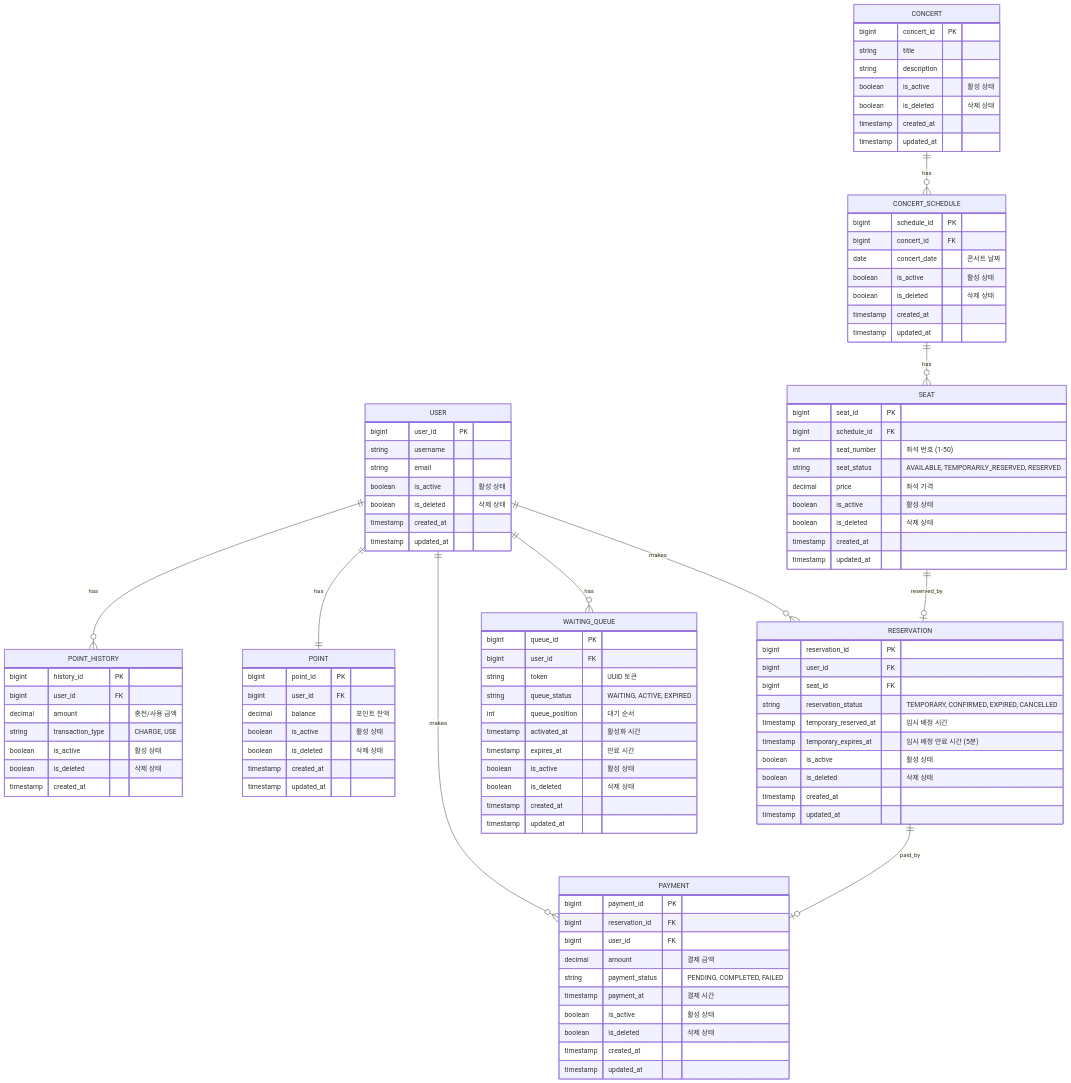
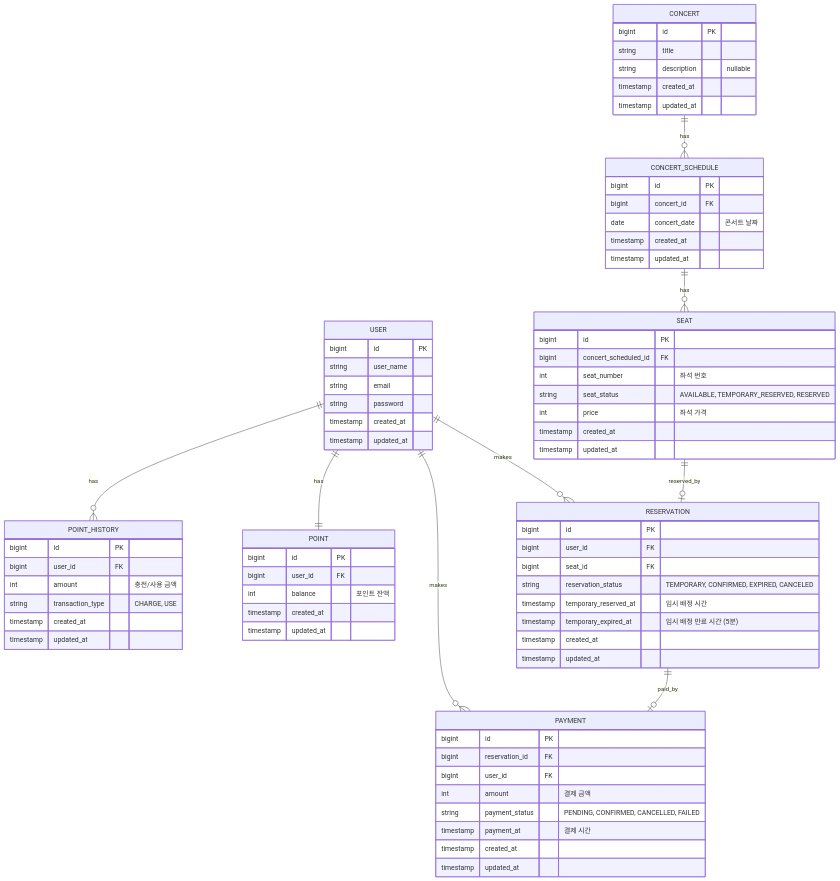
One commit to iamseung/hh-concert changed the diagram in docs/erd.md. Above: the diagram before and after it, drawn with Mermaid. The commit also changed other lines of this file and 14 other files, not shown here.

```diff
--- a/docs/erd.md
+++ b/docs/erd.md
@@ -8,7 +8,6 @@
     USER ||--|| POINT : "has"
     USER ||--o{ RESERVATION : "makes"
     USER ||--o{ PAYMENT : "makes"
-    USER ||--o{ WAITING_QUEUE : "has"
 
     CONCERT ||--o{ CONCERT_SCHEDULE : "has"
     CONCERT_SCHEDULE ||--o{ SEAT : "has"
@@ -17,103 +16,75 @@
     RESERVATION ||--o| PAYMENT : "paid_by"
 
     USER {
-        bigint user_id PK
-        string username
+        bigint id PK
+        string user_name
         string email
-        boolean is_active "활성 상태"
-        boolean is_deleted "삭제 상태"
+        string password
         timestamp created_at
         timestamp updated_at
     }
 
     POINT {
-        bigint point_id PK
+        bigint id PK
         bigint user_id FK
-        decimal balance "포인트 잔액"
-        boolean is_active "활성 상태"
-        boolean is_deleted "삭제 상태"
+        int balance "포인트 잔액"
         timestamp created_at
         timestamp updated_at
     }
 
     POINT_HISTORY {
-        bigint history_id PK
+        bigint id PK
         bigint user_id FK
-        decimal amount "충전/사용 금액"
+        int amount "충전/사용 금액"
         string transaction_type "CHARGE, USE"
-        boolean is_active "활성 상태"
-        boolean is_deleted "삭제 상태"
         timestamp created_at
+        timestamp updated_at
     }
 
     CONCERT {
-        bigint concert_id PK
+        bigint id PK
         string title
-        string description
-        boolean is_active "활성 상태"
-        boolean is_deleted "삭제 상태"
+        string description "nullable"
         timestamp created_at
         timestamp updated_at
     }
 
     CONCERT_SCHEDULE {
-        bigint schedule_id PK
+        bigint id PK
         bigint concert_id FK
         date concert_date "콘서트 날짜"
-        boolean is_active "활성 상태"
-        boolean is_deleted "삭제 상태"
         timestamp created_at
         timestamp updated_at
     }
 
     SEAT {
-        bigint seat_id PK
-        bigint schedule_id FK
-        int seat_number "좌석 번호 (1-50)"
-        string seat_status "AVAILABLE, TEMPORARILY_RESERVED, RESERVED"
-        decimal price "좌석 가격"
-        boolean is_active "활성 상태"
-        boolean is_deleted "삭제 상태"
+        bigint id PK
+        bigint concert_scheduled_id FK
+        int seat_number "좌석 번호"
+        string seat_status "AVAILABLE, TEMPORARY_RESERVED, RESERVED"
+        int price "좌석 가격"
         timestamp created_at
         timestamp updated_at
     }
 
     RESERVATION {
-        bigint reservation_id PK
+        bigint id PK
         bigint user_id FK
         bigint seat_id FK
-        string reservation_status "TEMPORARY, CONFIRMED, EXPIRED, CANCELLED"
+        string reservation_status "TEMPORARY, CONFIRMED, EXPIRED, CANCELED"
         timestamp temporary_reserved_at "임시 배정 시간"
-        timestamp temporary_expires_at "임시 배정 만료 시간 (5분)"
-        boolean is_active "활성 상태"
-        boolean is_deleted "삭제 상태"
+        timestamp temporary_expired_at "임시 배정 만료 시간 (5분)"
         timestamp created_at
         timestamp updated_at
     }
 
     PAYMENT {
-        bigint payment_id PK
+        bigint id PK
         bigint reservation_id FK
         bigint user_id FK
-        decimal amount "결제 금액"
-        string payment_status "PENDING, COMPLETED, FAILED"
+        int amount "결제 금액"
+        string payment_status "PENDING, CONFIRMED, CANCELLED, FAILED"
         timestamp payment_at "결제 시간"
-        boolean is_active "활성 상태"
-        boolean is_deleted "삭제 상태"
-        timestamp created_at
-        timestamp updated_at
-    }
-
-    WAITING_QUEUE {
-        bigint queue_id PK
-        bigint user_id FK
-        string token "UUID 토큰"
-        string queue_status "WAITING, ACTIVE, EXPIRED"
-        int queue_position "대기 순서"
-        timestamp activated_at "활성화 시간"
-        timestamp expires_at "만료 시간"
-        boolean is_active "활성 상태"
-        boolean is_deleted "삭제 상태"
         timestamp created_at
         timestamp updated_at
     }
```
